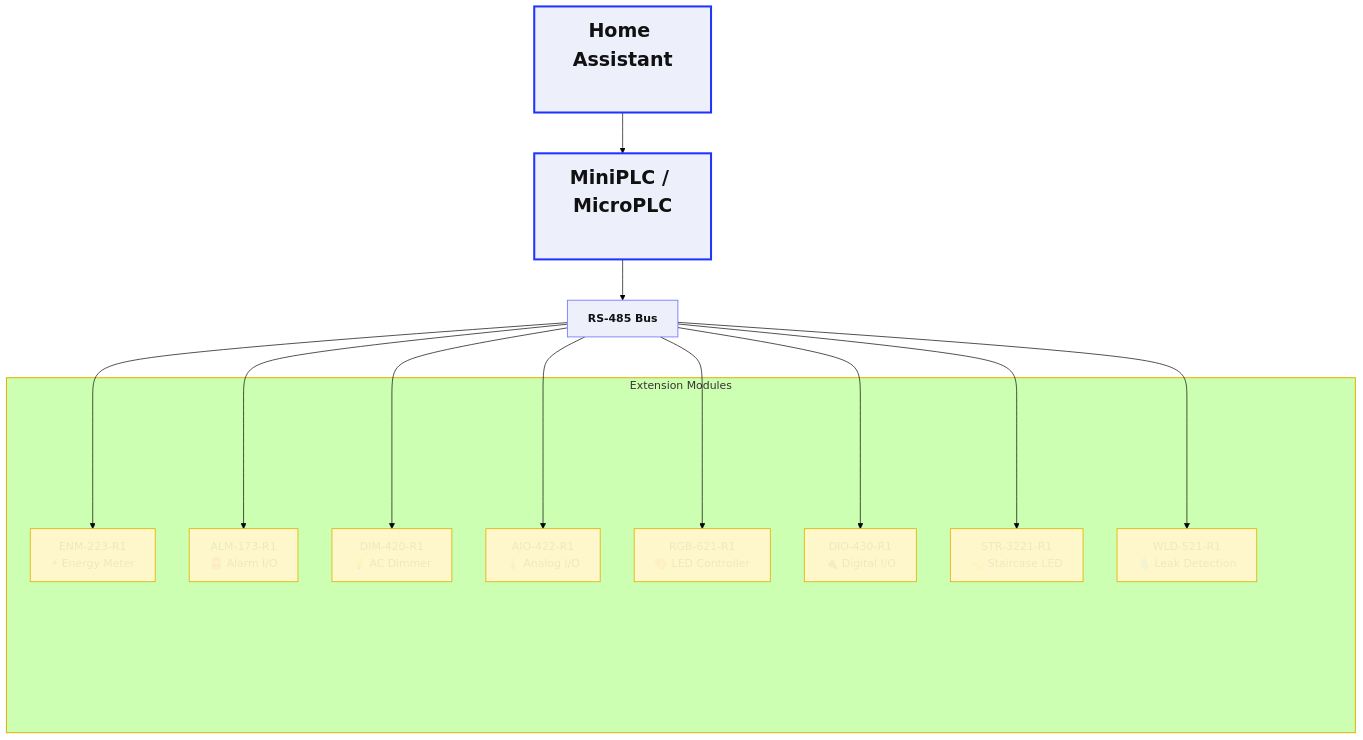
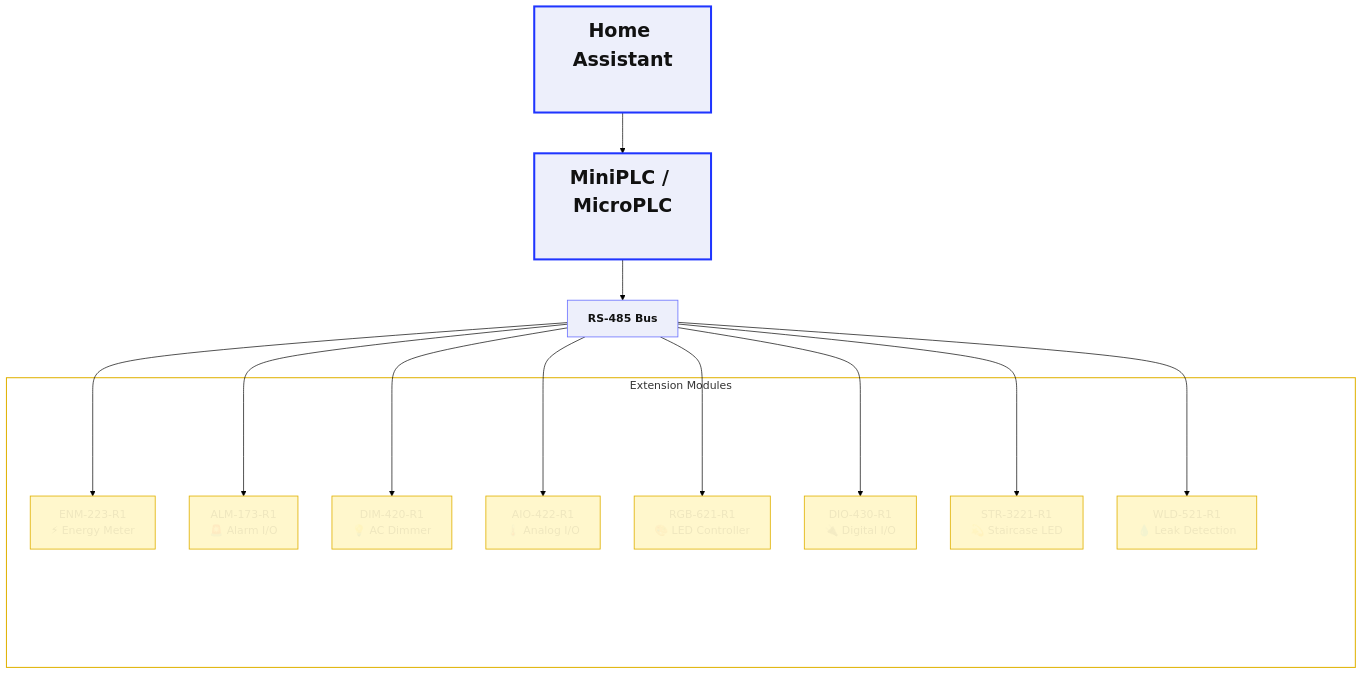
The diagram in README.md (isystemsautomation/HOMEMASTER), drawn with Mermaid (forest theme) before and after one commit.

````diff
--- a/README.md
+++ b/README.md
@@ -27,37 +27,37 @@
 ```mermaid
 %%{init: {"flowchart":{"htmlLabels":true,"nodeSpacing":50,"rankSpacing":60}}}%%
 flowchart TD
   %% Classes
   classDef hub fill:#EDEFFB,stroke:#6B72FF,stroke-width:1.2px,color:#111,font-weight:bold;
   classDef big fill:#EDEFFB,stroke:#1F35FF,stroke-width:3px,color:#111,font-weight:bold,font-size:28px;
   classDef mod fill:#FFF7CC,stroke:#E0B100,stroke-width:1.2px,color:#1111;
   classDef ghost fill:transparent,stroke:transparent,color:transparent;
 
   %% Double-sized HA and PLC (bigger font + extra line breaks)
   HA["Home Assistant<br/><br/>"]:::big --> PLC["MiniPLC / MicroPLC<br/><br/>"]:::big
   PLC --> RS485[RS-485 Bus]:::hub
 
   %% Subgraph with taller nodes; extra <br/> increases node height
   subgraph Mods["Extension Modules"]
     ENM[ENM‑223‑R1<br>⚡ Energy Meter]:::mod
     ALM[ALM‑173‑R1<br>🚨 Alarm I/O]:::mod
     DIM[DIM‑420‑R1<br>💡 AC Dimmer]:::mod
     AIO[AIO‑422‑R1<br>🌡️ Analog I/O]:::mod
     RGB[RGB‑621‑R1<br>🎨 LED Controller]:::mod
     DIO[DIO‑430‑R1<br>🔌 Digital I/O]:::mod
     STR[STR‑3221‑R1<br>💫 Staircase LED]:::mod
     WLD[WLD‑521‑R1<br>💧 Leak Detection]:::mod
-    SP1["<br/><br/><br/><br/><br/><br/><br/><br/><br/><br/><br/><br/><br/><br/><br/><br/><br/><br/>"]:::ghost
+    SP1["<br/><br/><br/><br/><br/><br/><br/><br/><br/><br/><br/><br/><br/><br/>"]:::ghost
   end
-  style Mods fill:#FFFFF,stroke:#E0B100,stroke-width:1.5px
+  style Mods fill:#FFFFFF,stroke:#E0B100,stroke-width:1.5px
 
   %% Edges
   RS485 --> ENM
   RS485 --> ALM
   RS485 --> DIM
   RS485 --> AIO
   RS485 --> RGB
   RS485 --> DIO
   RS485 --> STR
   RS485 --> WLD
 ```
````
